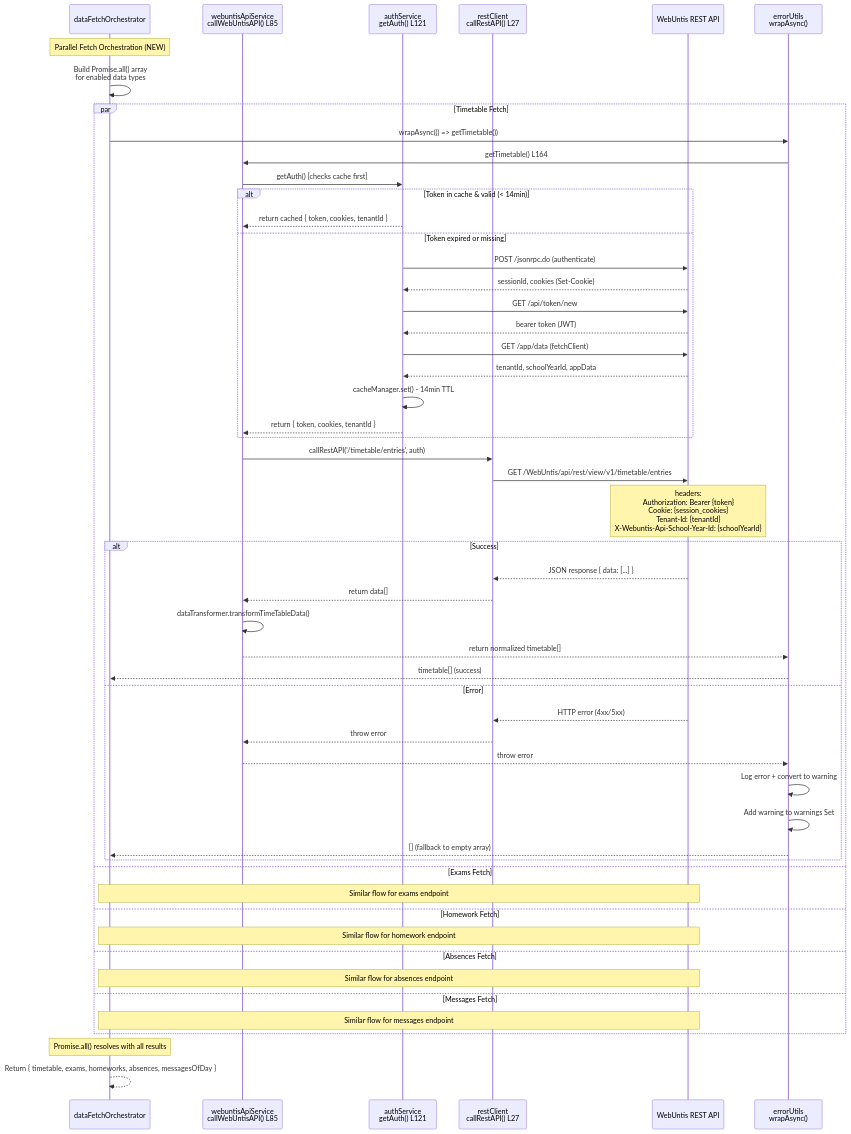
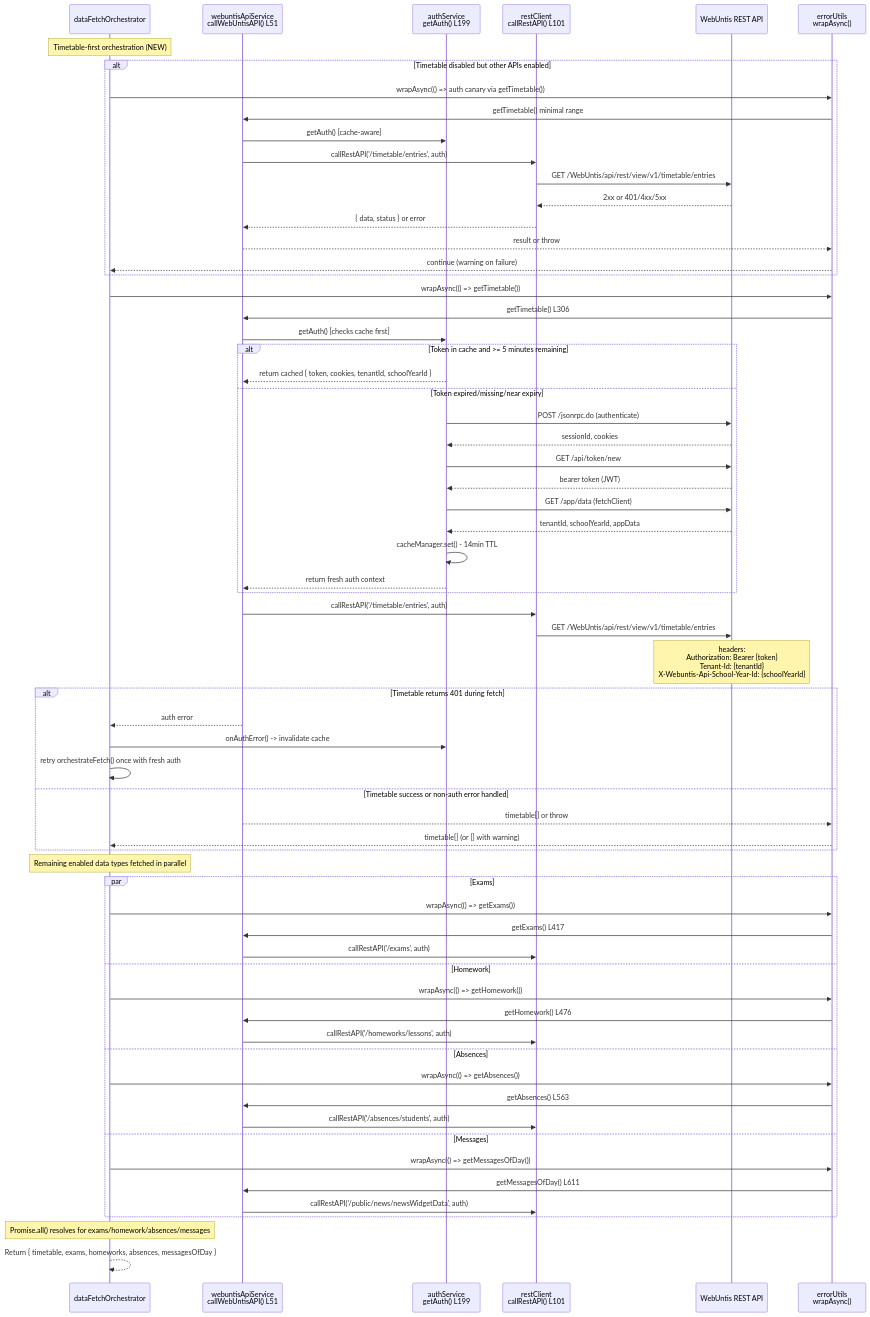
One commit to HeikoGr/MMM-Webuntis changed the sixth of 13 diagrams in docs/ARCHITECTURE.md. Above: the diagram before and after it, drawn with Mermaid. The commit also changed other lines of this file and 32 other files, not shown here.

````diff
--- a/docs/ARCHITECTURE.md
+++ b/docs/ARCHITECTURE.md
@@ -561,61 +585,75 @@
 ```mermaid
 sequenceDiagram
     participant Orch as dataFetchOrchestrator
-    participant API as webuntisApiService<br/>callWebUntisAPI() L85
-    participant Auth as authService<br/>getAuth() L121
-    participant RC as restClient<br/>callRestAPI() L27
+    participant API as webuntisApiService<br/>callWebUntisAPI() L51
+    participant Auth as authService<br/>getAuth() L199
+    participant RC as restClient<br/>callRestAPI() L101
     participant REST as WebUntis REST API
     participant ErrUtils as errorUtils<br/>wrapAsync()
 
-    Note over Orch: Parallel Fetch Orchestration (NEW)
-    Orch->>Orch: Build Promise.all() array<br/>for enabled data types
+    Note over Orch: Timetable-first orchestration (NEW)
 
-    par Timetable Fetch
-        Orch->>ErrUtils: wrapAsync(() => getTimetable())
-        ErrUtils->>API: getTimetable() L164
-        API->>Auth: getAuth() [checks cache first]
-
-        alt Token in cache & valid (< 14min)
-            Auth-->>API: return cached { token, cookies, tenantId }
-        else Token expired or missing
-            Auth->>REST: POST /jsonrpc.do (authenticate)
-            REST-->>Auth: sessionId, cookies (Set-Cookie)
-            Auth->>REST: GET /api/token/new
-            REST-->>Auth: bearer token (JWT)
-            Auth->>REST: GET /app/data (fetchClient)
-            REST-->>Auth: tenantId, schoolYearId, appData
-            Auth->>Auth: cacheManager.set() - 14min TTL
-            Auth-->>API: return { token, cookies, tenantId }
-        end
-
+    alt Timetable disabled but other APIs enabled
+        Orch->>ErrUtils: wrapAsync(() => auth canary via getTimetable())
+        ErrUtils->>API: getTimetable() minimal range
+        API->>Auth: getAuth() [cache-aware]
         API->>RC: callRestAPI('/timetable/entries', auth)
         RC->>REST: GET /WebUntis/api/rest/view/v1/timetable/entries
-        Note over REST: headers:<br/>Authorization: Bearer {token}<br/>Cookie: {session_cookies}<br/>Tenant-Id: {tenantId}<br/>X-Webuntis-Api-School-Year-Id: {schoolYearId}
-
-        alt Success
-            REST-->>RC: JSON response { data: [...] }
-            RC-->>API: return data[]
-            API->>API: dataTransformer.transformTimeTableData()
-            API-->>ErrUtils: return normalized timetable[]
-            ErrUtils-->>Orch: timetable[] (success)
-        else Error
-            REST-->>RC: HTTP error (4xx/5xx)
-            RC-->>API: throw error
-            API-->>ErrUtils: throw error
-            ErrUtils->>ErrUtils: Log error + convert to warning
-            ErrUtils->>ErrUtils: Add warning to warnings Set
-            ErrUtils-->>Orch: [] (fallback to empty array)
-        end
-    and Exams Fetch
-        Note over Orch,REST: Similar flow for exams endpoint
-    and Homework Fetch
-        Note over Orch,REST: Similar flow for homework endpoint
-    and Absences Fetch
-        Note over Orch,REST: Similar flow for absences endpoint
-    and Messages Fetch
-        Note over Orch,REST: Similar flow for messages endpoint
+        REST-->>RC: 2xx or 401/4xx/5xx
+        RC-->>API: { data, status } or error
+        API-->>ErrUtils: result or throw
+        ErrUtils-->>Orch: continue (warning on failure)
     end
 
-    Note over Orch: Promise.all() resolves with all results
+    Orch->>ErrUtils: wrapAsync(() => getTimetable())
+    ErrUtils->>API: getTimetable() L306
+    API->>Auth: getAuth() [checks cache first]
+
+    alt Token in cache and >= 5 minutes remaining
+        Auth-->>API: return cached { token, cookies, tenantId, schoolYearId }
+    else Token expired/missing/near expiry
+        Auth->>REST: POST /jsonrpc.do (authenticate)
+        REST-->>Auth: sessionId, cookies
+        Auth->>REST: GET /api/token/new
+        REST-->>Auth: bearer token (JWT)
+        Auth->>REST: GET /app/data (fetchClient)
+        REST-->>Auth: tenantId, schoolYearId, appData
+        Auth->>Auth: cacheManager.set() - 14min TTL
+        Auth-->>API: return fresh auth context
+    end
+
+    API->>RC: callRestAPI('/timetable/entries', auth)
+    RC->>REST: GET /WebUntis/api/rest/view/v1/timetable/entries
+    Note over REST: headers:<br/>Authorization: Bearer {token}<br/>Tenant-Id: {tenantId}<br/>X-Webuntis-Api-School-Year-Id: {schoolYearId}
+
+    alt Timetable returns 401 during fetch
+        API-->>Orch: auth error
+        Orch->>Auth: onAuthError() -> invalidate cache
+        Orch->>Orch: retry orchestrateFetch() once with fresh auth
+    else Timetable success or non-auth error handled
+        API-->>ErrUtils: timetable[] or throw
+        ErrUtils-->>Orch: timetable[] (or [] with warning)
+    end
+
+    Note over Orch: Remaining enabled data types fetched in parallel
+    par Exams
+        Orch->>ErrUtils: wrapAsync(() => getExams())
+        ErrUtils->>API: getExams() L417
+        API->>RC: callRestAPI('/exams', auth)
+    and Homework
+        Orch->>ErrUtils: wrapAsync(() => getHomework())
+        ErrUtils->>API: getHomework() L476
+        API->>RC: callRestAPI('/homeworks/lessons', auth)
+    and Absences
+        Orch->>ErrUtils: wrapAsync(() => getAbsences())
+        ErrUtils->>API: getAbsences() L563
+        API->>RC: callRestAPI('/absences/students', auth)
+    and Messages
+        Orch->>ErrUtils: wrapAsync(() => getMessagesOfDay())
+        ErrUtils->>API: getMessagesOfDay() L611
+        API->>RC: callRestAPI('/public/news/newsWidgetData', auth)
+    end
+
+    Note over Orch: Promise.all() resolves for exams/homework/absences/messages
     Orch-->>Orch: Return { timetable, exams, homeworks, absences, messagesOfDay }
 ```
````
